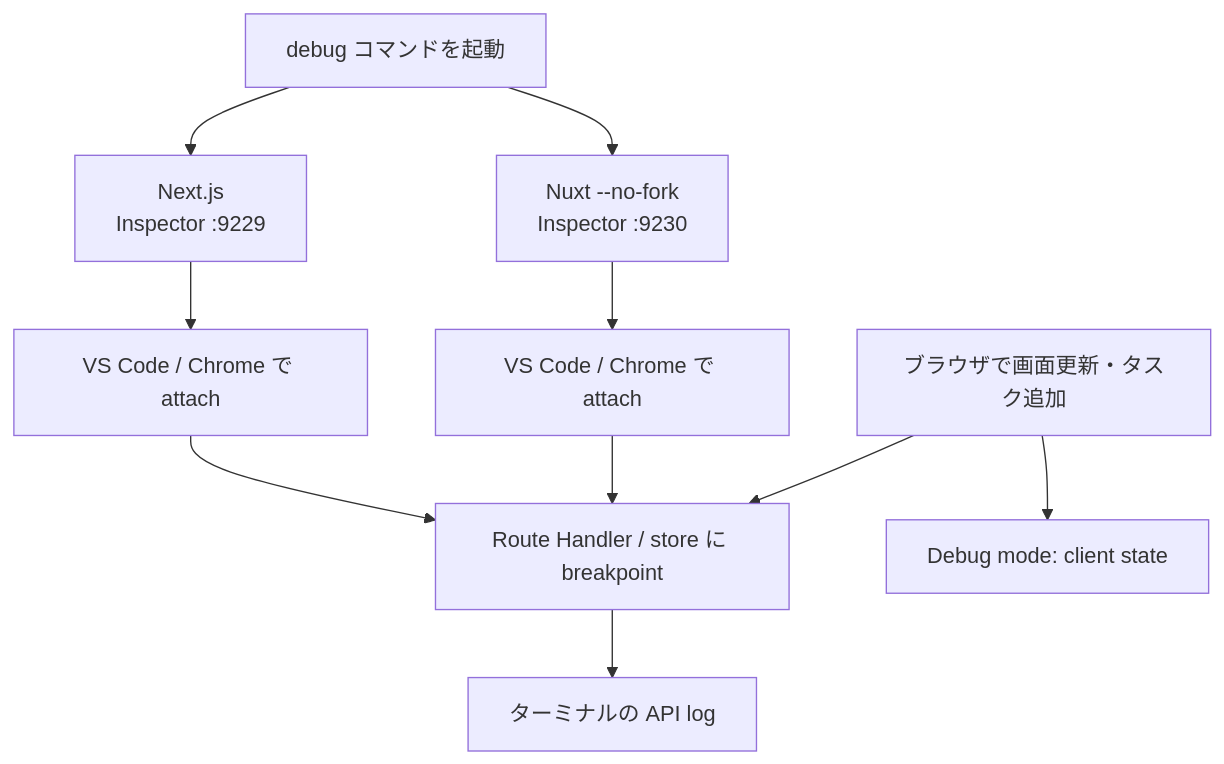
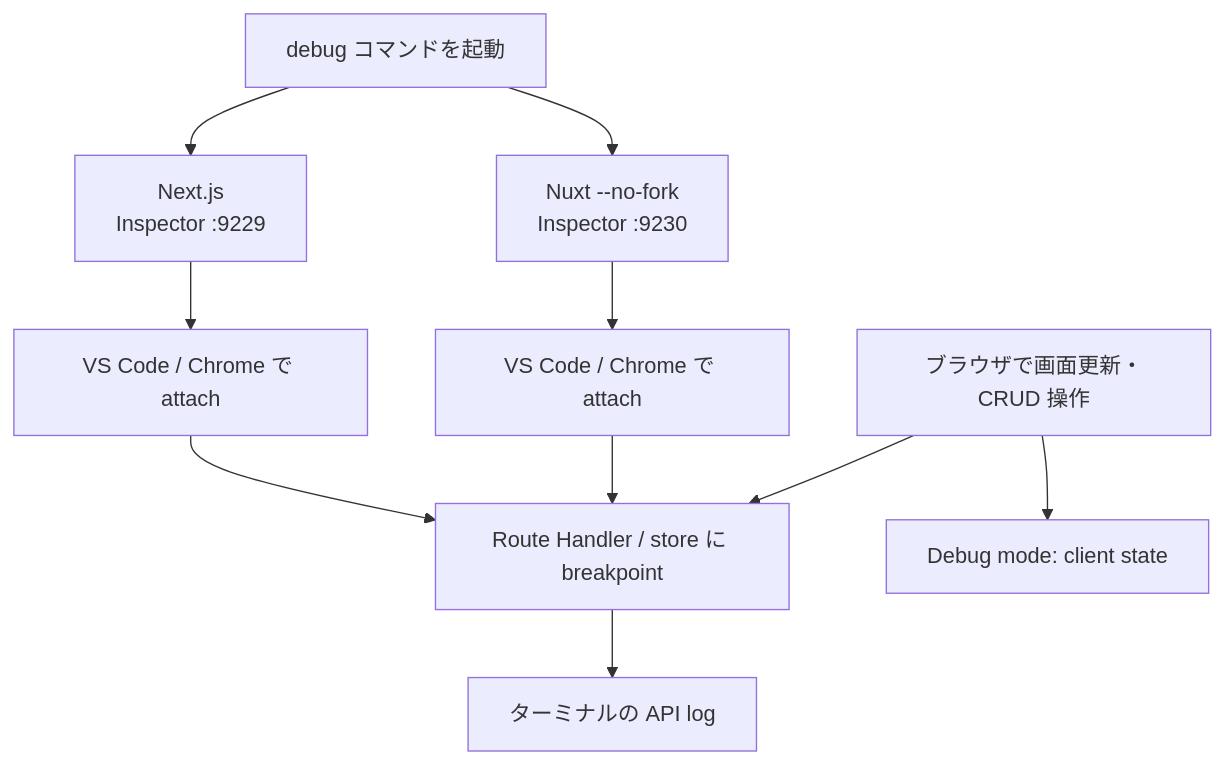
Before and after one commit to kazunari-kamata/next-nuxt-learning-sample: the first of 2 diagrams in docs/debugging-guide.md, drawn with Mermaid. The commit also changed other lines of this file and 18 other files, not shown here.

First line of the commit message:
Add task update and delete flows (#8)

````diff
--- a/docs/debugging-guide.md
+++ b/docs/debugging-guide.md
@@ -18,12 +18,12 @@
 ```mermaid
 flowchart TD
   Start[debug コマンドを起動] --> Next[Next.js<br/>Inspector :9229]
   Start --> Nuxt[Nuxt --no-fork<br/>Inspector :9230]
   Next --> AttachNext[VS Code / Chrome で attach]
   Nuxt --> AttachNuxt[VS Code / Chrome で attach]
   AttachNext --> Breakpoint[Route Handler / store に breakpoint]
   AttachNuxt --> Breakpoint
-  Browser[ブラウザで画面更新・タスク追加] --> Breakpoint
+  Browser[ブラウザで画面更新・CRUD 操作] --> Breakpoint
   Browser --> Inspector[Debug mode: client state]
   Breakpoint --> Logs[ターミナルの API log]
 ```
````
